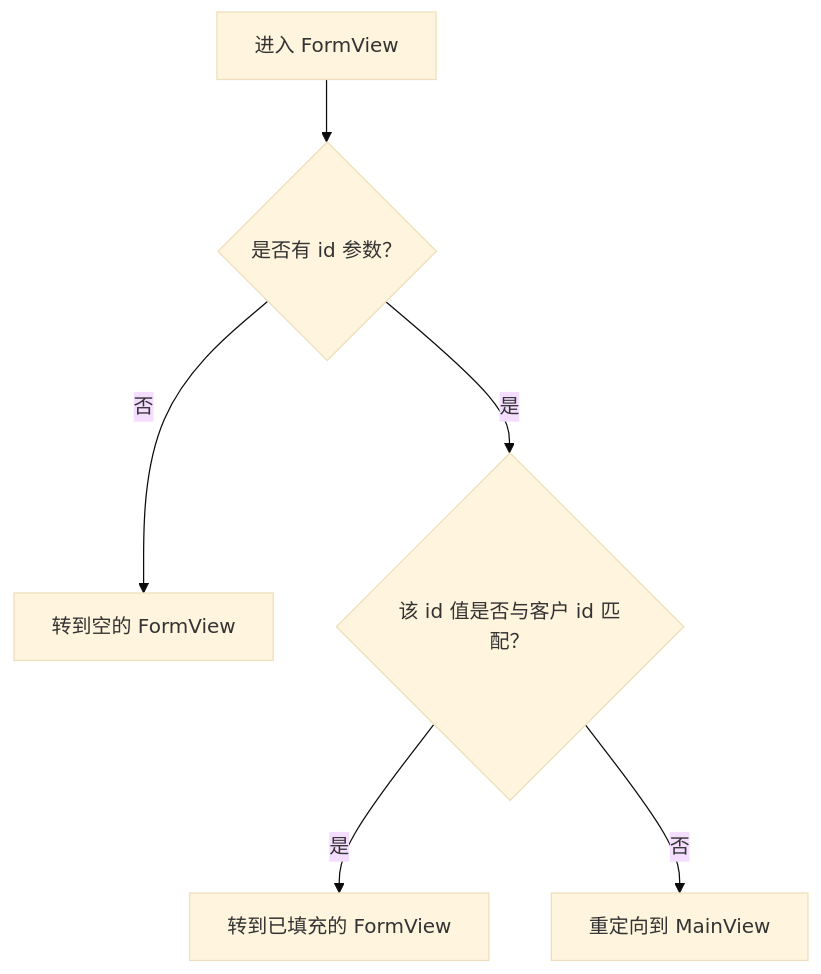
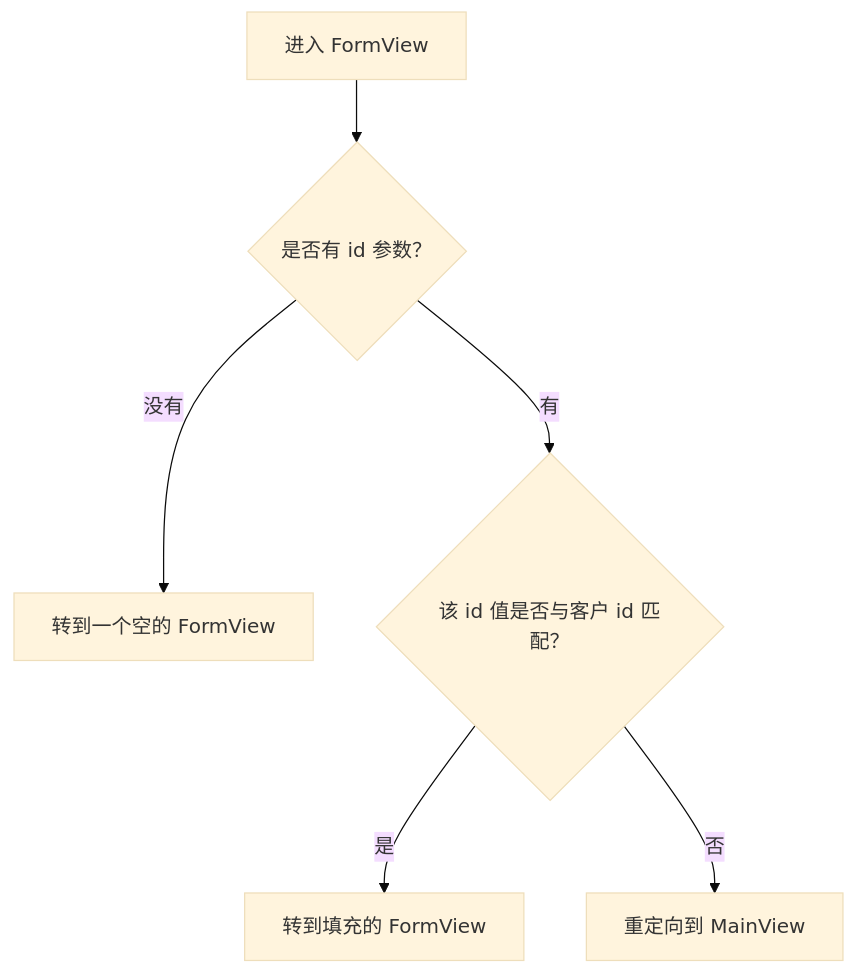
One commit to webforj/webforj-documentation changed the diagram in docs/i18n/zh/docusaurus-plugin-content-docs/current/introduction/tutorial/observers-and-route-parameters.md. Above: the diagram before and after it, drawn with Mermaid (base theme). The commit also changed other lines of this file and 589 other files, not shown here.

````diff
--- a/docs/i18n/zh/docusaurus-plugin-content-docs/current/introduction/tutorial/observers-and-route-parameters.md
+++ b/docs/i18n/zh/docusaurus-plugin-content-docs/current/introduction/tutorial/observers-and-route-parameters.md
@@ -72,8 +72,8 @@
 ```mermaid
 flowchart TD
     A[进入 FormView] --> B{是否有 id 参数？}
-    B -->|否| C[转到空的 FormView]
-    B -->|是| D{该 id 值是否与客户 id 匹配？}
-    D -->|是| E[转到已填充的 FormView]
+    B -->|没有| C[转到一个空的 FormView]
+    B -->|有| D{该 id 值是否与客户 id 匹配？}
+    D -->|是| E[转到填充的 FormView]
     D -->|否| F[重定向到 MainView]
 ```
````
